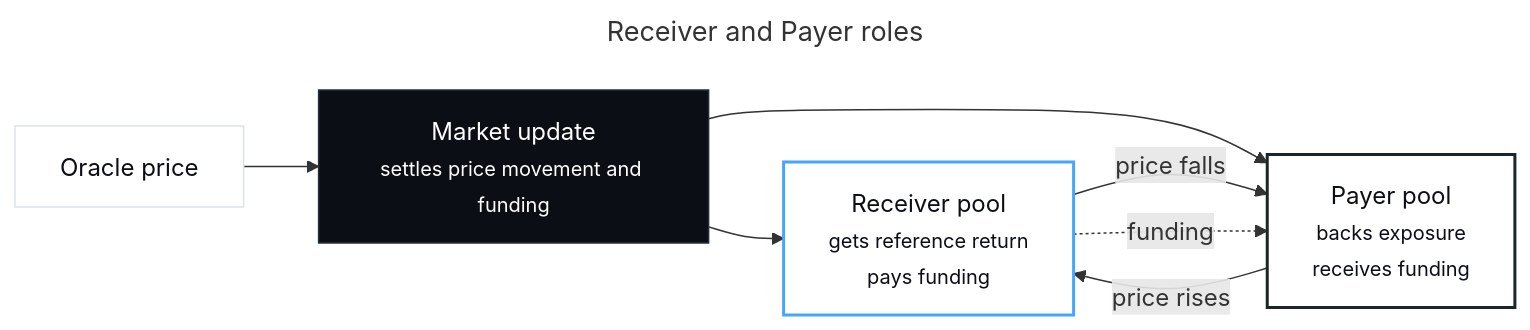
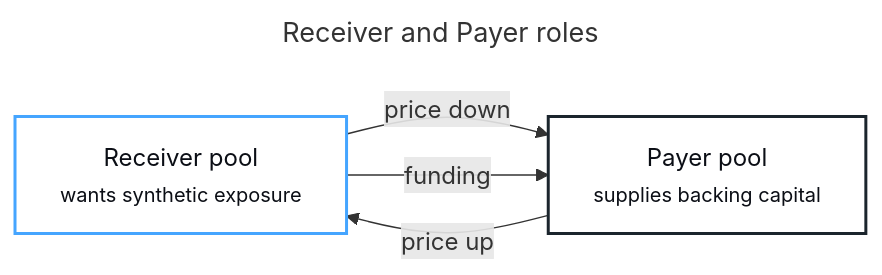
The diagram in diagrams/receiver-payer-flow.mmd (Null-Solutions/v1-docs), drawn with Mermaid before and after one commit. The commit also changed 11 other files, not shown here.

Commit message:
Simplify docs diagrams around two pools

```diff
--- a/diagrams/receiver-payer-flow.mmd
+++ b/diagrams/receiver-payer-flow.mmd
@@ -1,24 +1,15 @@
 ---
 title: Receiver and Payer roles
 ---
 flowchart LR
-  oracle["Oracle price"]
-  update["Market update<br/><small>settles price movement and funding</small>"]
-  receiver["Receiver pool<br/><small>gets reference return<br/>pays funding</small>"]
-  payer["Payer pool<br/><small>backs exposure<br/>receives funding</small>"]
+  receiver["Receiver pool<br/><small>wants synthetic exposure</small>"]
+  payer["Payer pool<br/><small>supplies backing capital</small>"]
 
-  oracle --> update
-  update --> receiver
-  update --> payer
-  payer -- price rises --> receiver
-  receiver -- price falls --> payer
-  receiver -. funding .-> payer
+  payer -- "price up" --> receiver
+  receiver -- "price down" --> payer
+  receiver -- "funding" --> payer
 
-  classDef dark fill:#0B0E15,color:#FFFFFF,stroke:#243038,stroke-width:1px;
   classDef receiver fill:#FFFFFF,color:#0B0E15,stroke:#45A5FF,stroke-width:2px;
   classDef payer fill:#FFFFFF,color:#0B0E15,stroke:#1B252D,stroke-width:2px;
-  classDef soft fill:#FFFFFF,color:#0B0E15,stroke:#DDE3EA,stroke-width:1px;
-  class update dark;
   class receiver receiver;
   class payer payer;
-  class oracle soft;
```
